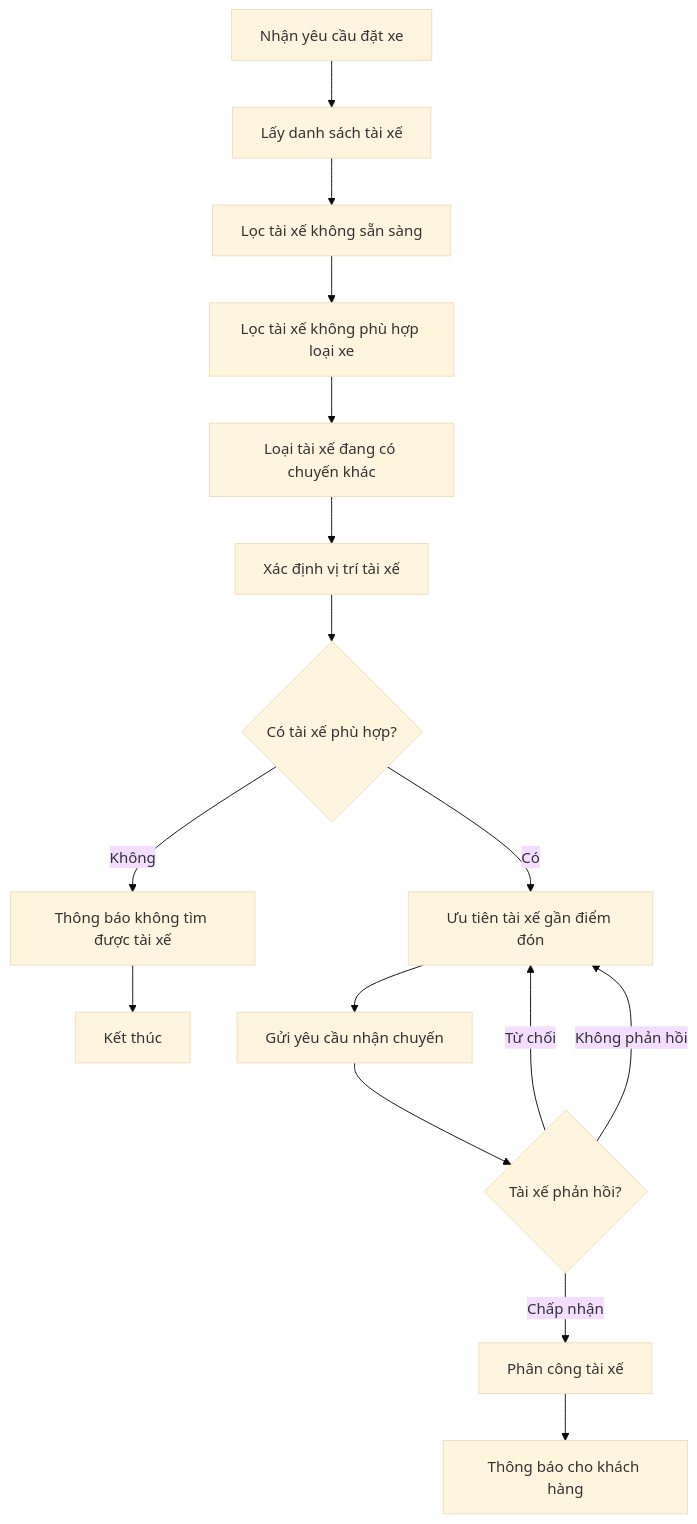
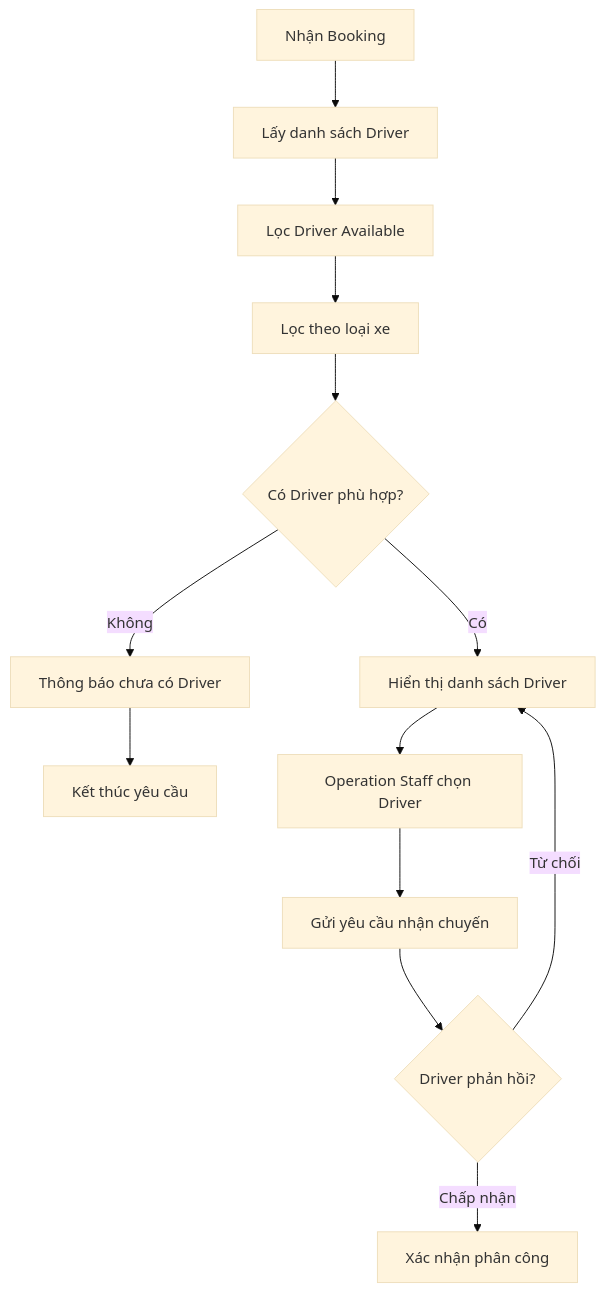
The sixth of 11 diagrams in SRS.md (tuyetsang-sun/23663021_DaoThiTuyetSang_CABSYSTEM), drawn with Mermaid (base theme) before and after one commit. The commit also changed other lines of this file, not shown here.

````diff
--- a/SRS.md
+++ b/SRS.md
@@ -397,22 +894,20 @@
 ```mermaid
 flowchart TD
-    A["Nhận yêu cầu đặt xe"] --> B["Lấy danh sách tài xế"]
-    B --> C["Lọc tài xế không sẵn sàng"]
-    C --> D["Lọc tài xế không phù hợp loại xe"]
-    D --> E["Loại tài xế đang có chuyến khác"]
-    E --> F["Xác định vị trí tài xế"]
-    F --> G{"Có tài xế phù hợp?"}
+    A["Nhận Booking"] --> B["Lấy danh sách Driver"]
+    B --> C["Lọc Driver Available"]
+    C --> D["Lọc theo loại xe"]
 
-    G -->|Không| H["Thông báo không tìm được tài xế"]
-    H --> I["Kết thúc"]
+    D --> E{"Có Driver phù hợp?"}
 
-    G -->|Có| J["Ưu tiên tài xế gần điểm đón"]
-    J --> K["Gửi yêu cầu nhận chuyến"]
-    K --> L{"Tài xế phản hồi?"}
+    E -->|Không| F["Thông báo chưa có Driver"]
+    F --> G["Kết thúc yêu cầu"]
 
-    L -->|Chấp nhận| M["Phân công tài xế"]
-    L -->|Từ chối| J
-    L -->|Không phản hồi| J
+    E -->|Có| H["Hiển thị danh sách Driver"]
+    H --> I["Operation Staff chọn Driver"]
+    I --> J["Gửi yêu cầu nhận chuyến"]
 
-    M --> N["Thông báo cho khách hàng"]
+    J --> K{"Driver phản hồi?"}
+
+    K -->|Chấp nhận| L["Xác nhận phân công"]
+    K -->|Từ chối| H
 ```
````
